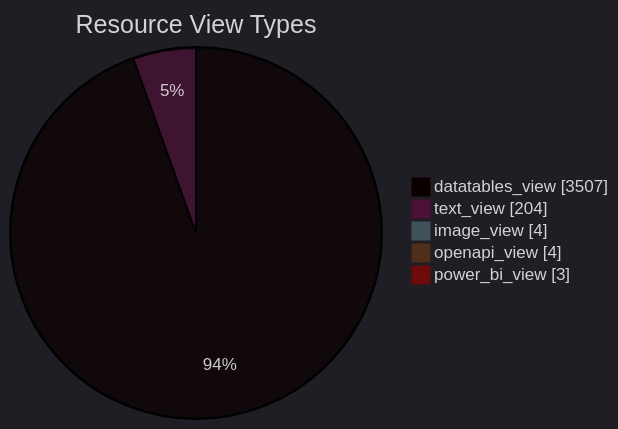
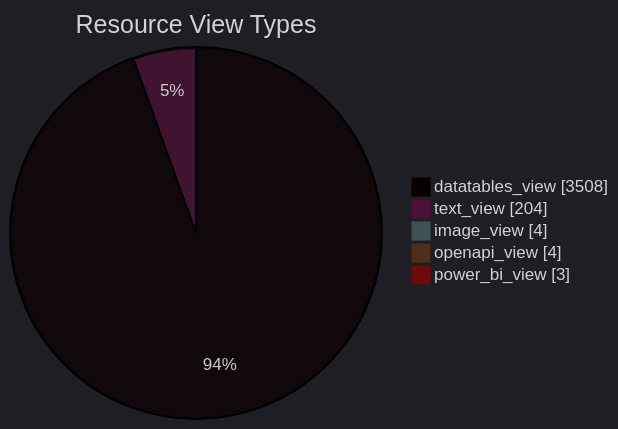
One commit to open-data/analytics-corporate-reporting changed the diagram in datastore_tracker/resource_view_types_pie_chart.md. Above: the diagram before and after it, drawn with Mermaid. The commit also changed 9 other files, not shown here.

````diff
--- a/datastore_tracker/resource_view_types_pie_chart.md
+++ b/datastore_tracker/resource_view_types_pie_chart.md
@@ -2,12 +2,12 @@
 ```mermaid
 ---
 config:
   theme: dark
 ---
 pie showData title Resource View Types
-    "datatables_view": 3507
+    "datatables_view": 3508
     "text_view": 204
     "image_view": 4
     "openapi_view": 4
     "power_bi_view": 3
 ```
````
